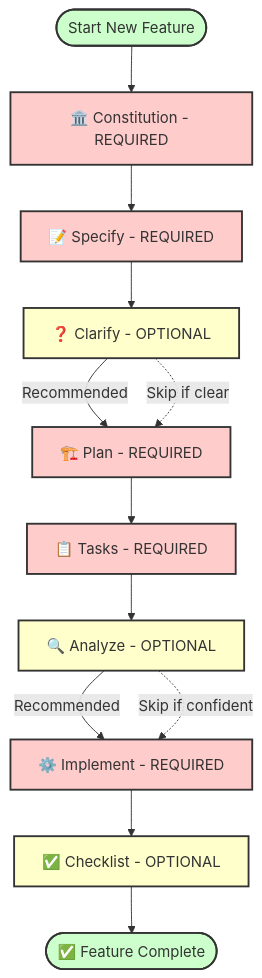
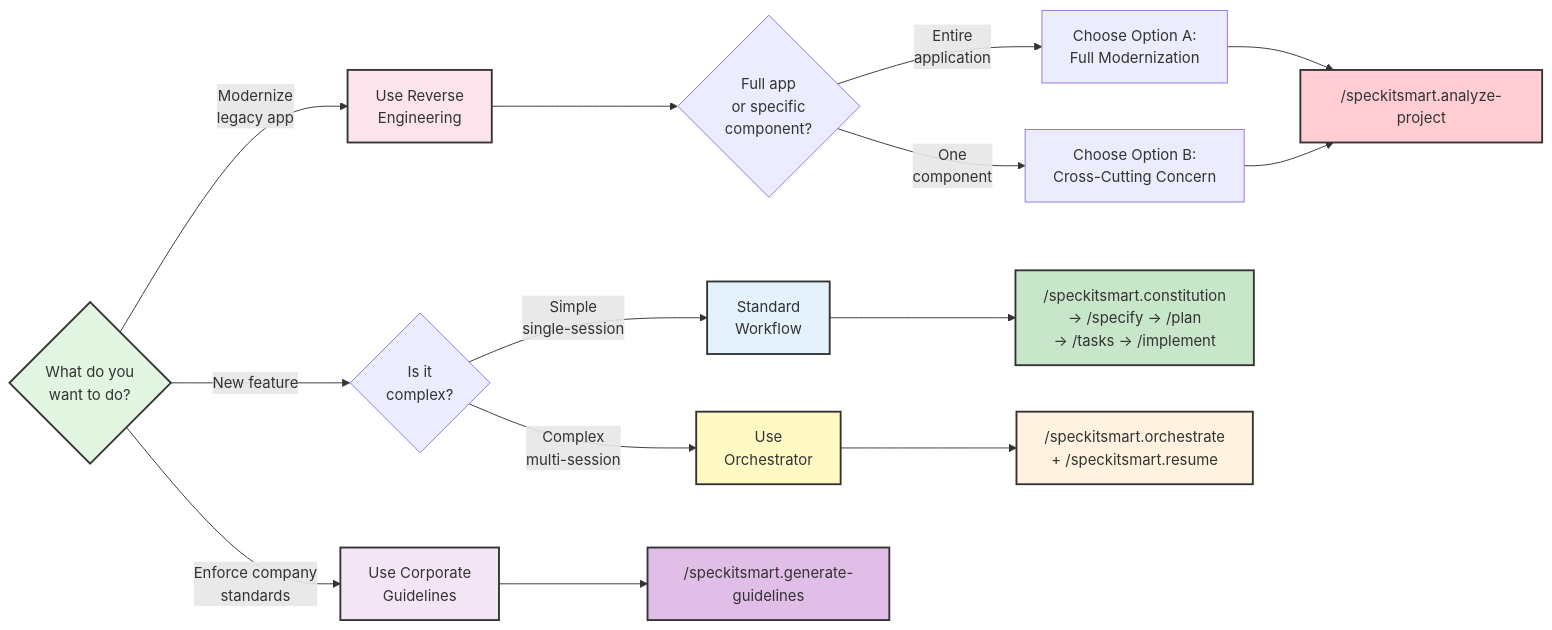
One commit to veerabhadra-ponna/spec-kit-smart changed the first of 3 diagrams in README.md. Above: the diagram before and after it, drawn with Mermaid. The commit also changed other lines of this file and 4 other files, not shown here.

````diff
--- a/README.md
+++ b/README.md
@@ -282,26 +188,29 @@
 ```mermaid
-flowchart TD
-    Start([Start New Feature]) --> Constitution
-    Constitution[🏛️ Constitution - REQUIRED] --> Specify
-    Specify[📝 Specify - REQUIRED] --> Clarify
-    Clarify[❓ Clarify - OPTIONAL] --> | Recommended | Plan
-    Clarify -.-> | Skip if clear | Plan
-    Plan[🏗️ Plan - REQUIRED] --> Tasks
-    Tasks[📋 Tasks - REQUIRED] --> Analyze
-    Analyze[🔍 Analyze - OPTIONAL] --> | Recommended | Implement
-    Analyze -.-> | Skip if confident | Implement
-    Implement[⚙️ Implement - REQUIRED] --> Checklist
-    Checklist[✅ Checklist - OPTIONAL] --> Done
-    Done([✅ Feature Complete])
+flowchart LR
+    Start{What do you<br/>want to do?} -->|New feature| NewFeature{Is it<br/>complex?}
+    Start -->|Modernize<br/>legacy app| Legacy[Use Reverse<br/>Engineering]
+    Start -->|Enforce company<br/>standards| Guidelines[Use Corporate<br/>Guidelines]
 
-    style Constitution fill:#ffcccc,stroke:#333,stroke-width:2px
-    style Specify fill:#ffcccc,stroke:#333,stroke-width:2px
-    style Plan fill:#ffcccc,stroke:#333,stroke-width:2px
-    style Tasks fill:#ffcccc,stroke:#333,stroke-width:2px
-    style Implement fill:#ffcccc,stroke:#333,stroke-width:2px
-    style Clarify fill:#ffffcc,stroke:#333,stroke-width:2px
-    style Analyze fill:#ffffcc,stroke:#333,stroke-width:2px
-    style Checklist fill:#ffffcc,stroke:#333,stroke-width:2px
-    style Start fill:#ccffcc,stroke:#333,stroke-width:2px
-    style Done fill:#ccffcc,stroke:#333,stroke-width:2px
+    NewFeature -->|Simple<br/>single-session| Standard[Standard<br/>Workflow]
+    NewFeature -->|Complex<br/>multi-session| Orchestrator[Use<br/>Orchestrator]
+
+    Legacy --> FullOrTarget{Full app<br/>or specific<br/>component?}
+    FullOrTarget -->|Entire<br/>application| FullMod[Choose Option A:<br/>Full Modernization]
+    FullOrTarget -->|One<br/>component| ConcernMod[Choose Option B:<br/>Cross-Cutting Concern]
+
+    Standard --> StandardCmd["/speckitsmart.constitution<br/>→ /specify → /plan<br/>→ /tasks → /implement"]
+    Orchestrator --> OrchCmd["/speckitsmart.orchestrate<br/>+ /speckitsmart.resume"]
+    FullMod --> AnalyzeCmd["/speckitsmart.analyze-project"]
+    ConcernMod --> AnalyzeCmd
+    Guidelines --> GuideCmd["/speckitsmart.generate-guidelines"]
+
+    style Start fill:#e1f5e1,stroke:#333,stroke-width:2px
+    style Standard fill:#e3f2fd,stroke:#333,stroke-width:2px
+    style Orchestrator fill:#fff9c4,stroke:#333,stroke-width:2px
+    style Legacy fill:#fce4ec,stroke:#333,stroke-width:2px
+    style Guidelines fill:#f3e5f5,stroke:#333,stroke-width:2px
+    style StandardCmd fill:#c8e6c9,stroke:#333,stroke-width:2px
+    style OrchCmd fill:#fff3e0,stroke:#333,stroke-width:2px
+    style AnalyzeCmd fill:#ffcdd2,stroke:#333,stroke-width:2px
+    style GuideCmd fill:#e1bee7,stroke:#333,stroke-width:2px
 ```
````
